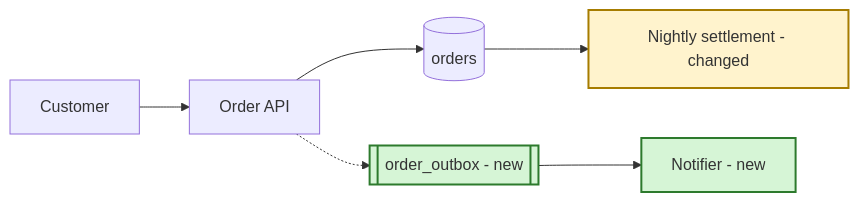
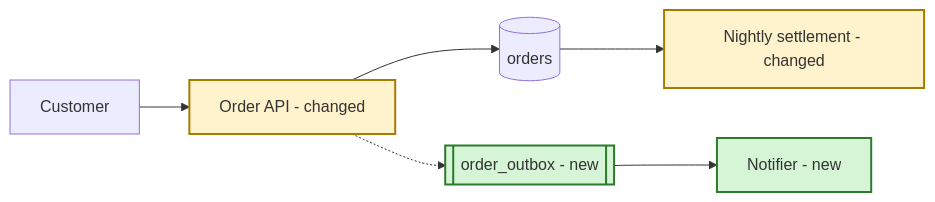
One commit to tuyenivt/tuyens-agent-skills changed the diagram in plugins/architecture/skills/task-design-brief/SKILL.md. Above: the diagram before and after it, drawn with Mermaid. The commit also changed other lines of this file and 27 other files, not shown here.

Commit message:
enhanced all architecture skills by iterating eval skills with a realistic test input, remove unnecessary and optimize token efficiency

````diff
--- a/plugins/architecture/skills/task-design-brief/SKILL.md
+++ b/plugins/architecture/skills/task-design-brief/SKILL.md
@@ -116,10 +117,10 @@
 ```mermaid
 flowchart LR
-  U[Customer] --> API[Order API]
+  U[Customer] --> API[Order API - changed]:::changed
   API --> DB[(orders)]
   API -.-> OB[[order_outbox - new]]:::new
   OB --> N[Notifier - new]:::new
   DB --> S[Nightly settlement - changed]:::changed
   classDef new fill:#d6f5d6,stroke:#2d7a2d,stroke-width:2px
   classDef changed fill:#fff3cd,stroke:#a67c00,stroke-width:2px
 ```
````
